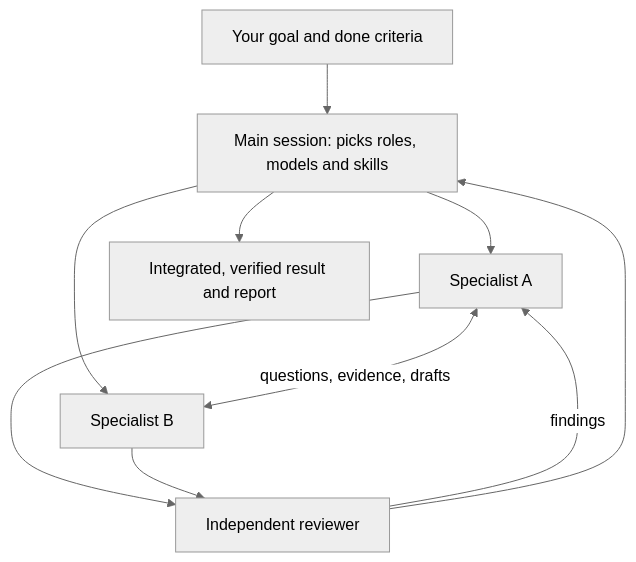
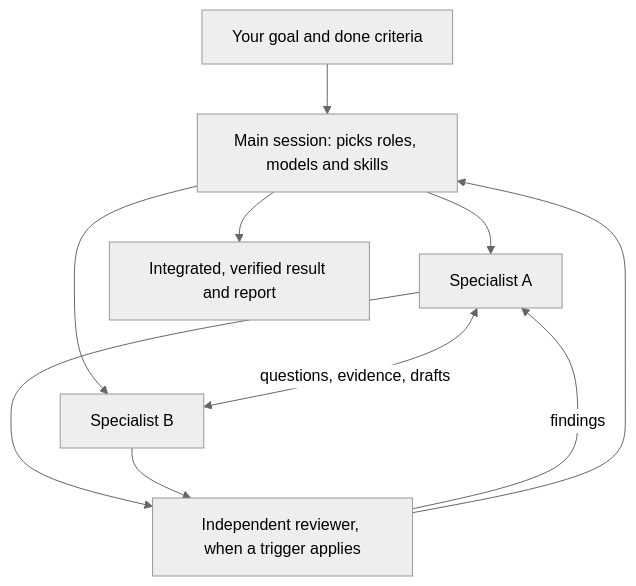
One commit to yoyowasi/codex-orchestrator-kit changed the diagram in README.md. Above: the diagram before and after it, drawn with Mermaid (neutral theme). The commit also changed other lines of this file and 6 other files, not shown here.

````diff
--- a/README.md
+++ b/README.md
@@ -11,12 +11,12 @@
 ```mermaid
 flowchart TD
     U[Your goal and done criteria] --> O[Main session: picks roles, models and skills]
     O --> A[Specialist A]
     O --> B[Specialist B]
     A <-->|questions, evidence, drafts| B
-    A --> R[Independent reviewer]
+    A --> R[Independent reviewer, when a trigger applies]
     B --> R
     R -->|findings| A
     R --> O
     O --> D[Integrated, verified result and report]
 ```
````
